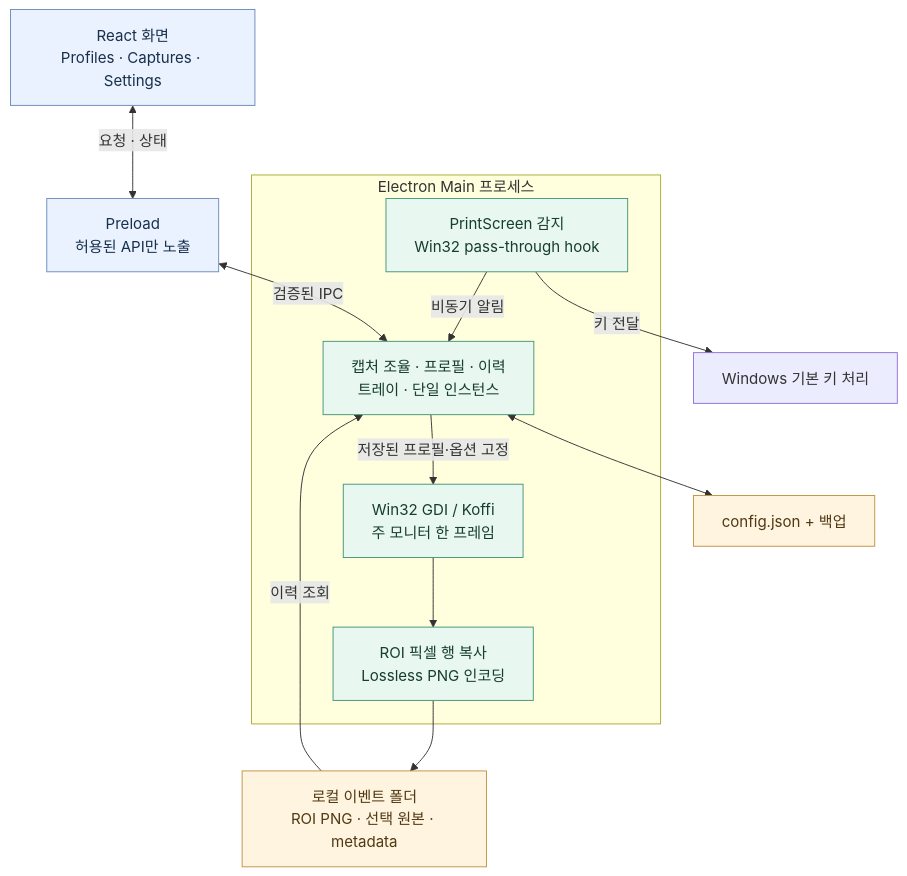
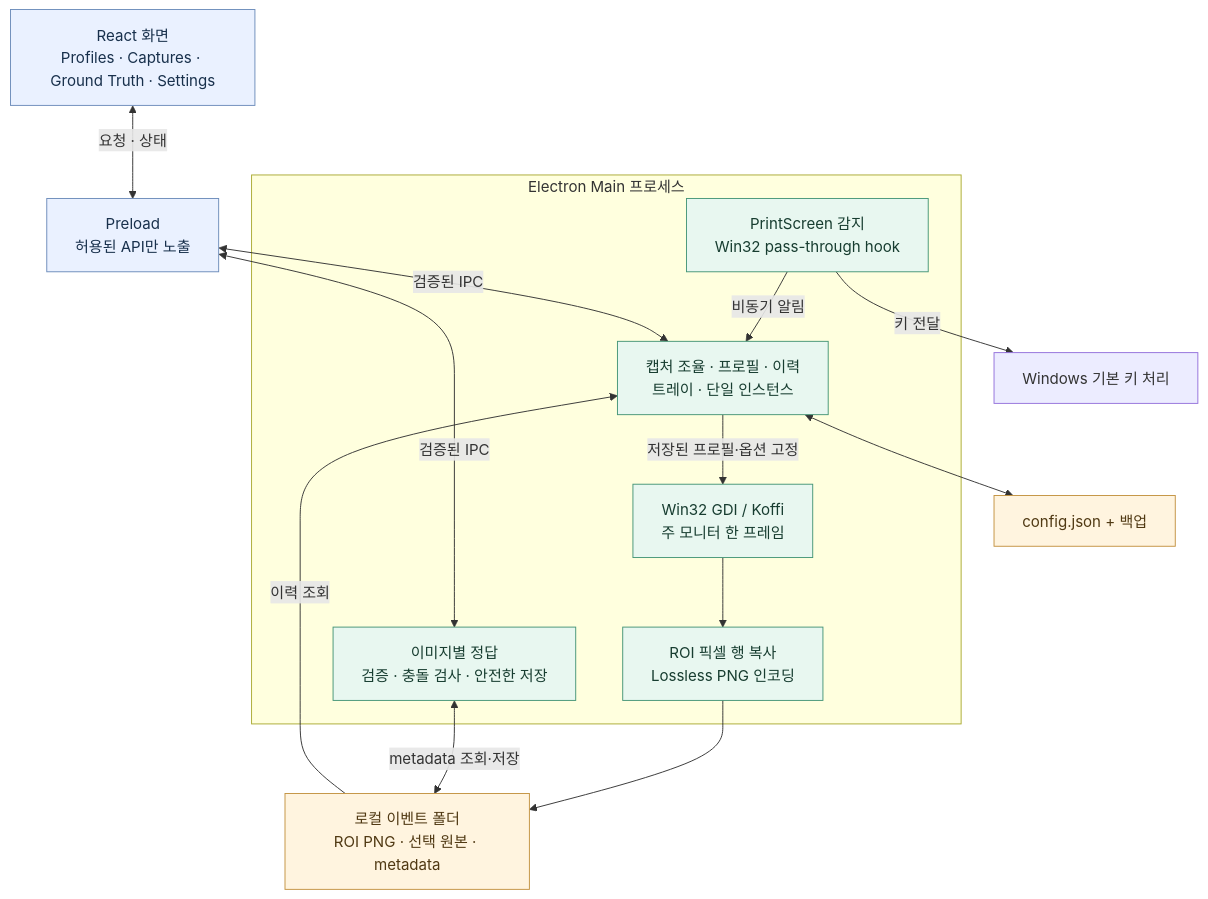
One commit to blahaj94/dfragon-cropper changed the diagram in README.md. Above: the diagram before and after it, drawn with Mermaid. The commit also changed other lines of this file and 9 other files, not shown here.

````diff
--- a/README.md
+++ b/README.md
@@ -69,29 +71,32 @@
 ```mermaid
 flowchart TB
-    UI["React 화면<br/>Profiles · Captures · Settings"]
+    UI["React 화면<br/>Profiles · Captures · Ground Truth · Settings"]
     Bridge["Preload<br/>허용된 API만 노출"]
 
     subgraph Main["Electron Main 프로세스"]
         Hook["PrintScreen 감지<br/>Win32 pass-through hook"]
         App["캡처 조율 · 프로필 · 이력<br/>트레이 · 단일 인스턴스"]
         Frame["Win32 GDI / Koffi<br/>주 모니터 한 프레임"]
         Crop["ROI 픽셀 행 복사<br/>Lossless PNG 인코딩"]
+        Answers["이미지별 정답<br/>검증 · 충돌 검사 · 안전한 저장"]
         Hook -->|"비동기 알림"| App
         App -->|"저장된 프로필·옵션 고정"| Frame
         Frame --> Crop
     end
 
     UI <-->|"요청 · 상태"| Bridge
     Bridge <-->|"검증된 IPC"| App
+    Bridge <-->|"검증된 IPC"| Answers
     Hook -->|"키 전달"| OS["Windows 기본 키 처리"]
     App <--> Config["config.json + 백업"]
     Crop --> Files["로컬 이벤트 폴더<br/>ROI PNG · 선택 원본 · metadata"]
     Files -->|"이력 조회"| App
+    Answers <-->|"metadata 조회·저장"| Files
 
     classDef screen fill:#eaf1ff,stroke:#6c8cba,color:#18304c
     classDef capture fill:#e8f7f0,stroke:#459577,color:#173d30
     classDef storage fill:#fff4df,stroke:#c39240,color:#503913
     class UI,Bridge screen
-    class Hook,App,Frame,Crop capture
+    class Hook,App,Frame,Crop,Answers capture
     class Config,Files storage
 ```
````
